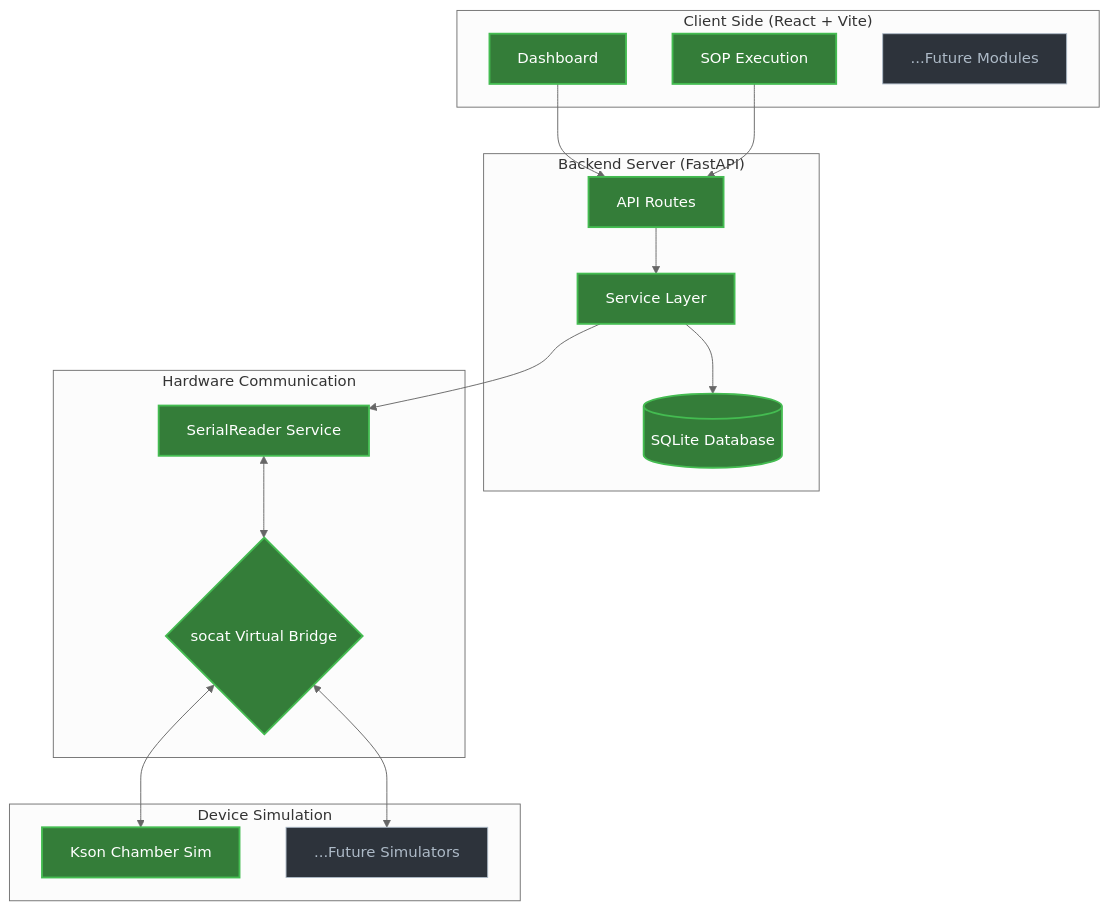
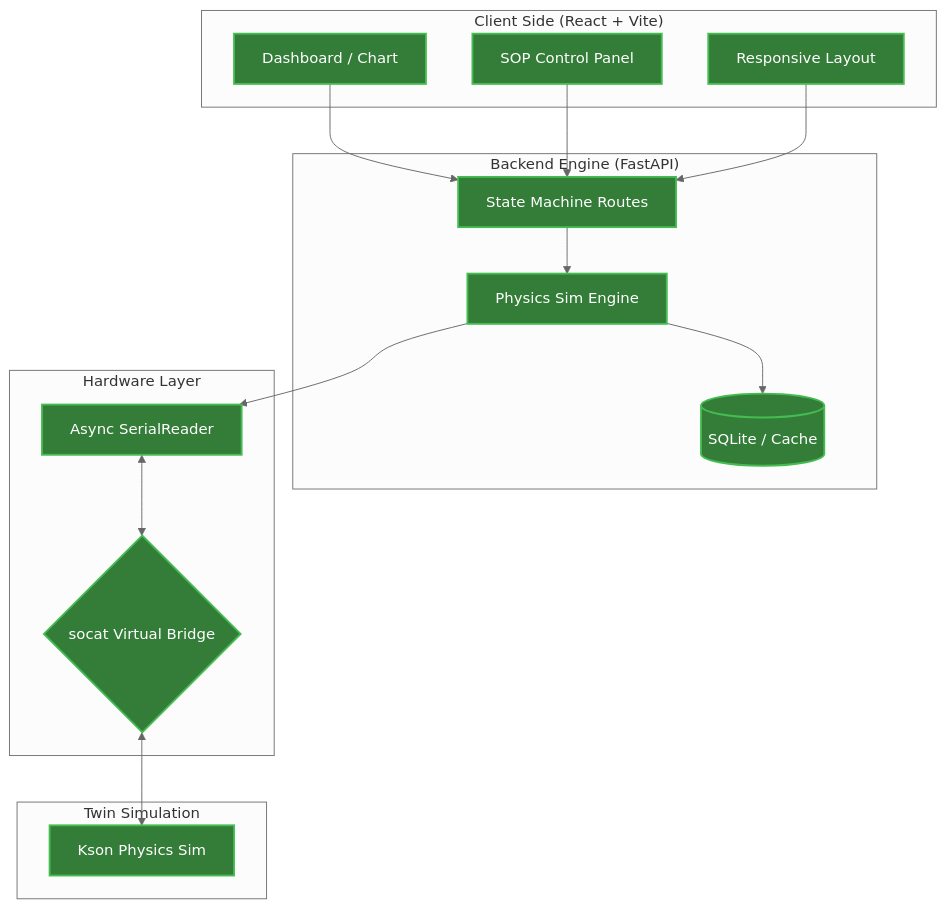
One commit to tsaishengsheng-sketch/dqa-lab-digital-twin changed the diagram in README.md. Above: the diagram before and after it, drawn with Mermaid (neutral theme). The commit also changed other lines of this file, not shown here.

Commit message:
docs: 修正架構文件跳轉連結

````diff
--- a/README.md
+++ b/README.md
@@ -15,41 +17,36 @@
 ```mermaid
 graph TD
-    %% 全域樣式設定，讓方框更有質感
     classDef default fill:#2d333b,stroke:#adbac7,color:#adbac7,stroke-width:1px;
     classDef highlight fill:#347d39,stroke:#44bc51,color:#fff,stroke-width:2px;
 
     subgraph "Client Side (React + Vite)"
-        A[Dashboard]
-        B[SOP Execution]
-        C[...Future Modules]
+        A[Dashboard / Chart]
+        B[SOP Control Panel]
+        C[Responsive Layout]
     end
 
-    subgraph "Backend Server (FastAPI)"
-        D[API Routes]
-        E[Service Layer]
-        F[(SQLite Database)]
+    subgraph "Backend Engine (FastAPI)"
+        D[State Machine Routes]
+        E[Physics Sim Engine]
+        F[(SQLite / Cache)]
         D --> E
         E --> F
     end
 
-    subgraph "Hardware Communication"
-        G[SerialReader Service]
+    subgraph "Hardware Layer"
+        G[Async SerialReader]
         H{socat Virtual Bridge}
     end
 
-    subgraph "Device Simulation"
-        I[Kson Chamber Sim]
-        J[...Future Simulators]
+    subgraph "Twin Simulation"
+        I[Kson Physics Sim]
     end
 
-    %% 連線關係
-    A & B --> D
+    A & B & C --> D
     E --> G
     G <--> H
-    H <--> I & J
+    H <--> I
 
-    %% 套用樣式：將已完成的部分稍微加亮，其餘保持低調灰色
-    class A,B,D,E,F,G,H,I highlight;
-
+    class A,B,C,D,E,F,G,H,I highlight;
 
 ```
````
